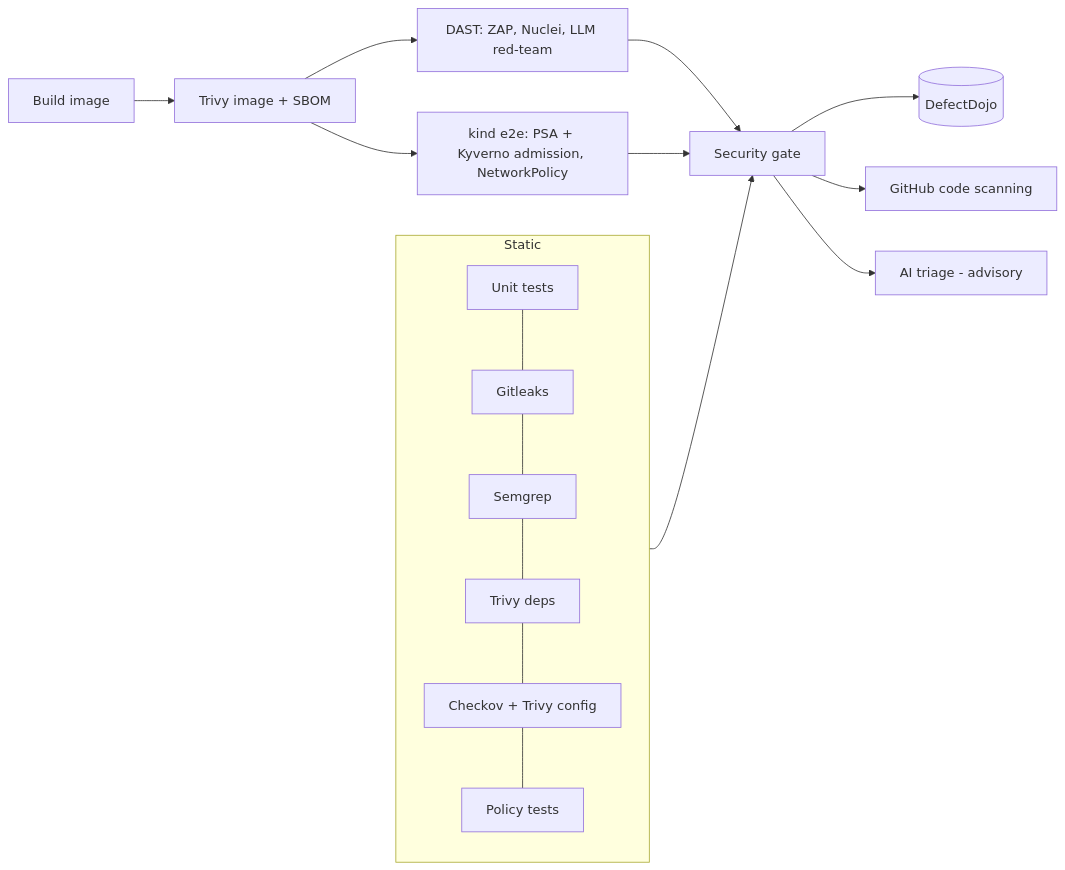
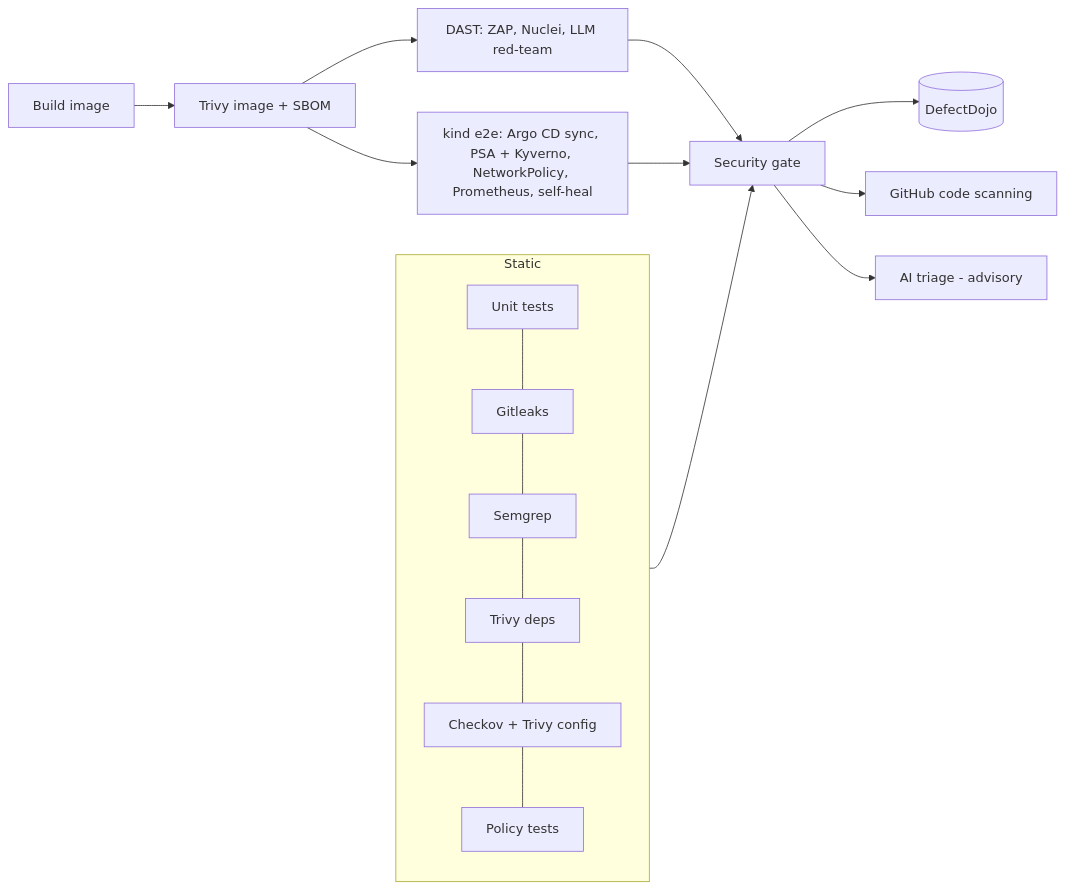
The diagram in README.md (Golovastik777/devsecops-platform), drawn with Mermaid before and after one commit. The commit also changed other lines of this file and 3 other files, not shown here.

````diff
--- a/README.md
+++ b/README.md
@@ -36,15 +38,15 @@
 ```mermaid
 flowchart LR
   subgraph static [Static]
     T[Unit tests] --- S1[Gitleaks] --- S2[Semgrep] --- S3[Trivy deps] --- S4[Checkov + Trivy config] --- P[Policy tests]
   end
   B[Build image] --> I[Trivy image + SBOM]
   I --> D[DAST: ZAP, Nuclei, LLM red-team]
-  I --> K[kind e2e: PSA + Kyverno admission, NetworkPolicy]
+  I --> K[kind e2e: Argo CD sync, PSA + Kyverno, NetworkPolicy, Prometheus, self-heal]
   static --> G
   D --> G
   K --> G
   G[Security gate] --> DD[(DefectDojo)]
   G --> SARIF[GitHub code scanning]
   G --> AI[AI triage - advisory]
 ```
````
